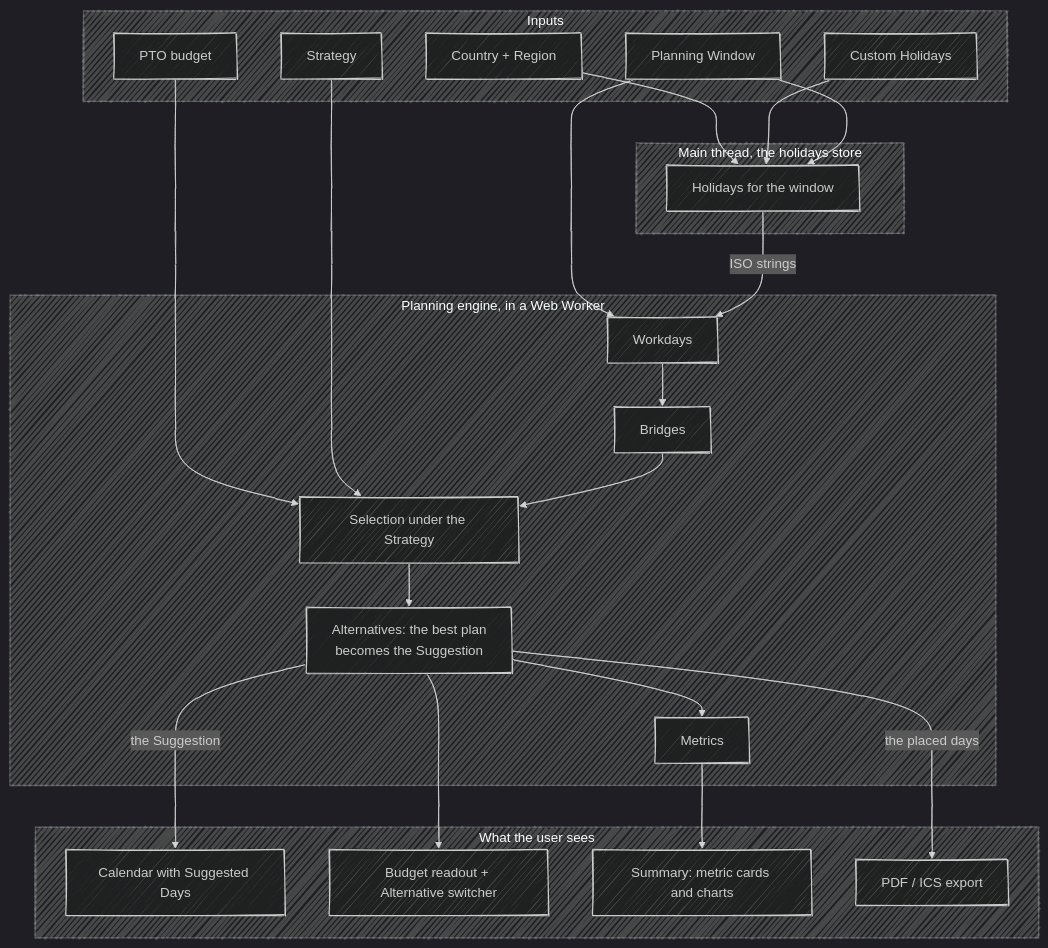
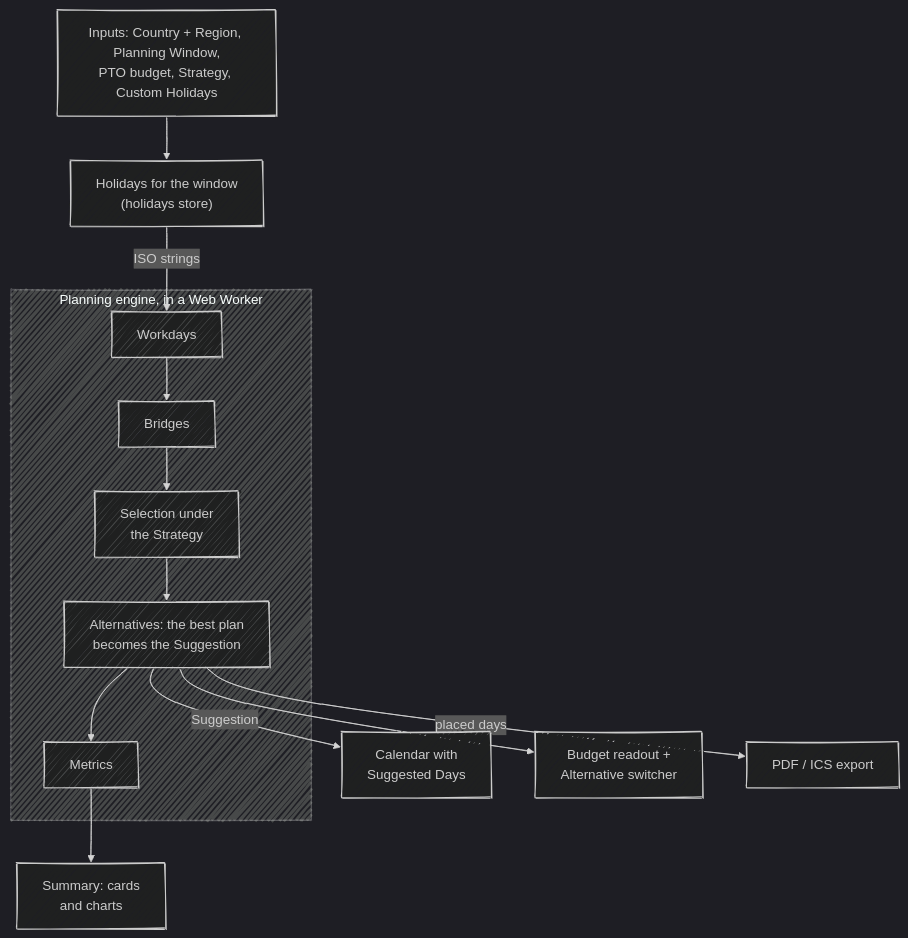
One commit to fbuireu/forever-pto changed the second of 2 diagrams in apps/docs/src/content/docs/start/what-the-planner-does.mdx. Above: the diagram before and after it, drawn with Mermaid (dark theme). The commit also changed other lines of this file and 4 other files, not shown here.

````diff
--- a/apps/docs/src/content/docs/start/what-the-planner-does.mdx
+++ b/apps/docs/src/content/docs/start/what-the-planner-does.mdx
@@ -60,44 +62,18 @@
 ```mermaid
 ---
 config:
   look: handDrawn
   layout: dagre
 ---
 flowchart TB
-  subgraph inputs [Inputs]
-    C[Country + Region]
-    W[Planning Window]
-    B[PTO budget]
-    S[Strategy]
-    H[Custom Holidays]
+  IN["Inputs: Country + Region, Planning Window,<br/>PTO budget, Strategy, Custom Holidays"]
+  IN --> F["Holidays for the window<br/>(holidays store)"]
+  F -->|ISO strings| WD
+  subgraph engine [Planning engine, in a Web Worker]
+    WD[Workdays] --> BR[Bridges] --> SEL["Selection under<br/>the Strategy"] --> ALT["Alternatives: the best plan<br/>becomes the Suggestion"] --> MET[Metrics]
   end
-  subgraph main [Main thread, the holidays store]
-    F[Holidays for the window]
-  end
-  subgraph engine [Planning engine, in a Web Worker]
-    WD[Workdays]
-    BR[Bridges]
-    SEL[Selection under the Strategy]
-    ALT["Alternatives: the best plan<br/>becomes the Suggestion"]
-    MET[Metrics]
-  end
-  subgraph out [What the user sees]
-    CAL[Calendar with Suggested Days]
-    PANEL[Budget readout + Alternative switcher]
-    SUM["Summary: metric cards and charts"]
-    EXP["PDF / ICS export"]
-  end
-  C --> F
-  H --> F
-  W --> F
-  W --> WD
-  F -->|ISO strings| WD
-  B --> SEL
-  S --> SEL
-  WD --> BR --> SEL --> ALT
-  ALT --> MET
-  MET --> SUM
-  ALT -->|the Suggestion| CAL
-  ALT --> PANEL
-  ALT -->|the placed days| EXP
+  ALT -->|Suggestion| CAL["Calendar with<br/>Suggested Days"]
+  ALT --> PANEL["Budget readout +<br/>Alternative switcher"]
+  MET --> SUM["Summary: cards<br/>and charts"]
+  ALT -->|placed days| EXP["PDF / ICS export"]
 ```
````
